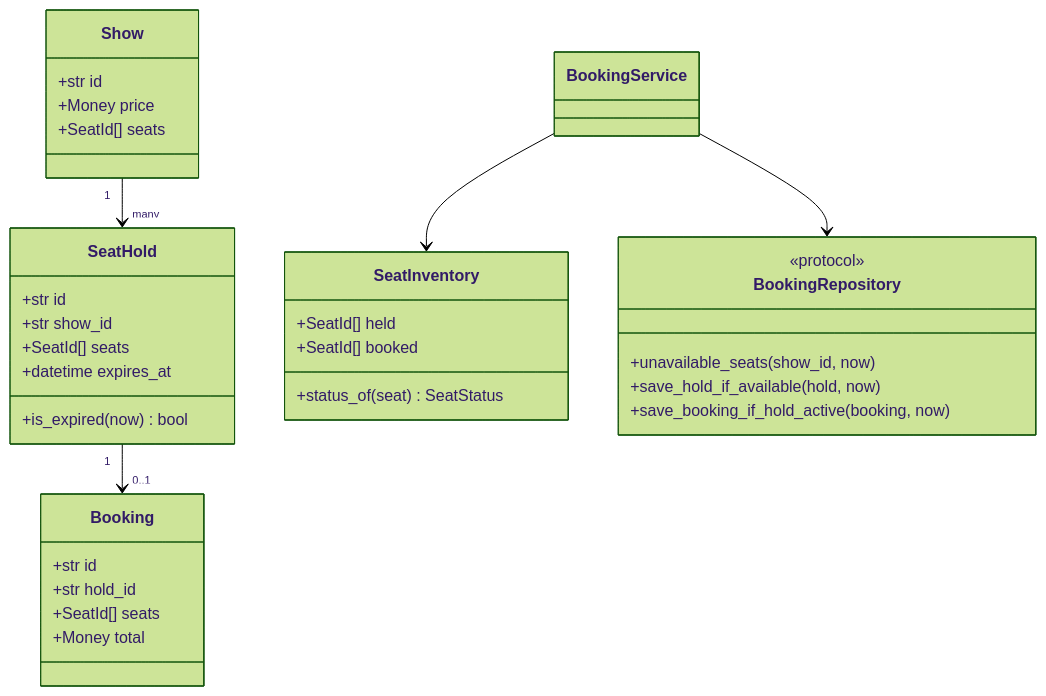
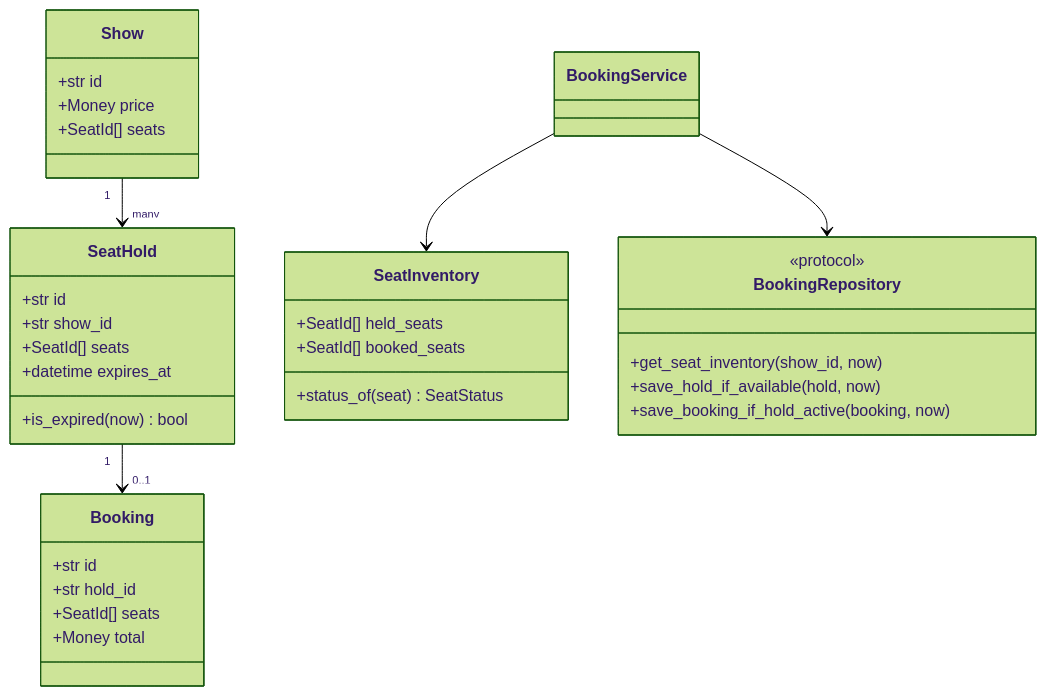
The second of 4 diagrams in Machine Coding/movie-ticket-booking/DESIGN.md (Maheshwari-Tech/Low-Level-Design), drawn with Mermaid (forest theme) before and after one commit. The commit also changed other lines of this file and 82 other files, not shown here.

````diff
--- a/Machine Coding/movie-ticket-booking/DESIGN.md
+++ b/Machine Coding/movie-ticket-booking/DESIGN.md
@@ -32,36 +33,36 @@
 ```mermaid
 classDiagram
   class Show {
     +str id
     +Money price
     +SeatId[] seats
   }
   class SeatHold {
     +str id
     +str show_id
     +SeatId[] seats
     +datetime expires_at
     +is_expired(now) bool
   }
   class Booking {
     +str id
     +str hold_id
     +SeatId[] seats
     +Money total
   }
   class SeatInventory {
-    +SeatId[] held
-    +SeatId[] booked
+    +SeatId[] held_seats
+    +SeatId[] booked_seats
     +status_of(seat) SeatStatus
   }
   class BookingRepository {
     <<protocol>>
-    +unavailable_seats(show_id, now)
+    +get_seat_inventory(show_id, now)
     +save_hold_if_available(hold, now)
     +save_booking_if_hold_active(booking, now)
   }
   BookingService --> BookingRepository
   BookingService --> SeatInventory
   Show "1" --> "many" SeatHold
   SeatHold "1" --> "0..1" Booking
 ```
````
